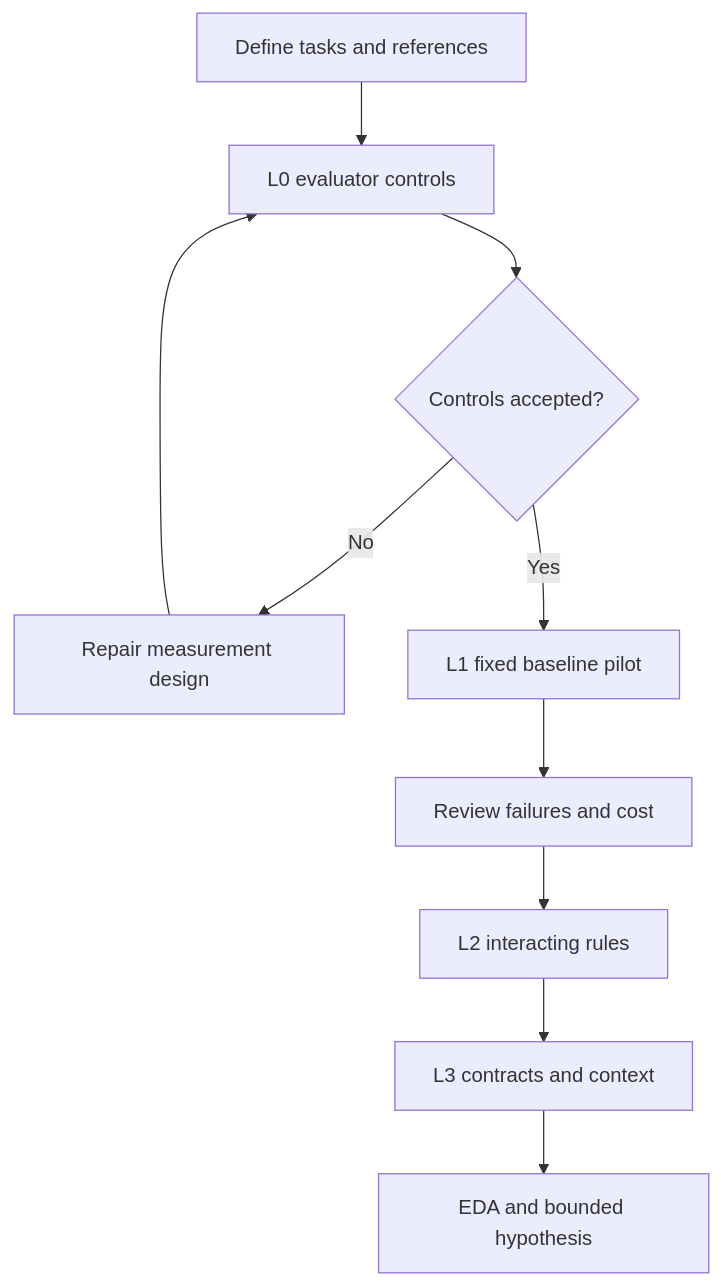
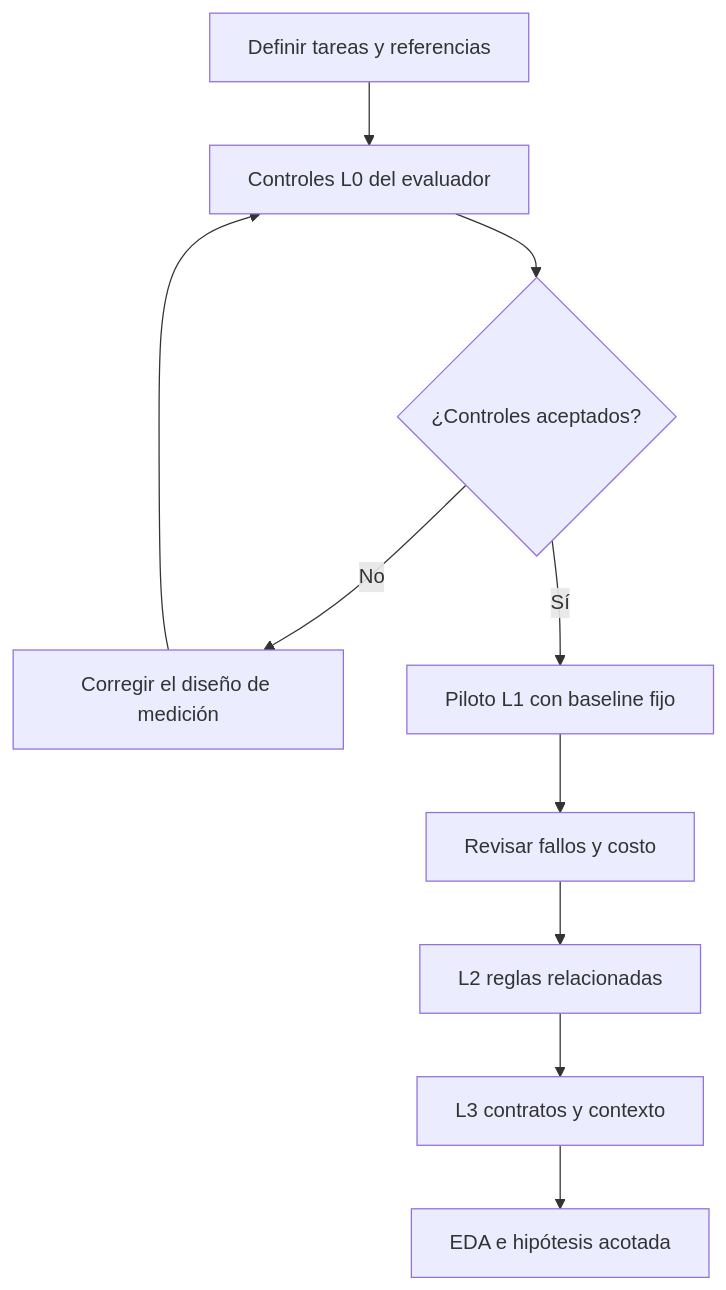
Before and after one commit to jairzinhosantos/thinking-harness: the first of 2 diagrams in research/cases/case-0001-code-repair-harness/scenarios.md, drawn with Mermaid. The commit also changed other lines of this file and 56 other files, not shown here.

````diff
--- a/research/cases/case-0001-code-repair-harness/scenarios.md
+++ b/research/cases/case-0001-code-repair-harness/scenarios.md
@@ -72,12 +73,12 @@
 ```mermaid
 flowchart TD
-    A[Define tasks and references] --> B[L0 evaluator controls]
-    B --> C{Controls accepted?}
-    C -->|No| D[Repair measurement design]
+    A[Definir tareas y referencias] --> B[Controles L0 del evaluador]
+    B --> C{¿Controles aceptados?}
+    C -->|No| D[Corregir el diseño de medición]
     D --> B
-    C -->|Yes| E[L1 fixed baseline pilot]
-    E --> F[Review failures and cost]
-    F --> G[L2 interacting rules]
-    G --> H[L3 contracts and context]
-    H --> I[EDA and bounded hypothesis]
+    C -->|Sí| E[Piloto L1 con baseline fijo]
+    E --> F[Revisar fallos y costo]
+    F --> G[L2 reglas relacionadas]
+    G --> H[L3 contratos y contexto]
+    H --> I[EDA e hipótesis acotada]
 ```
````
